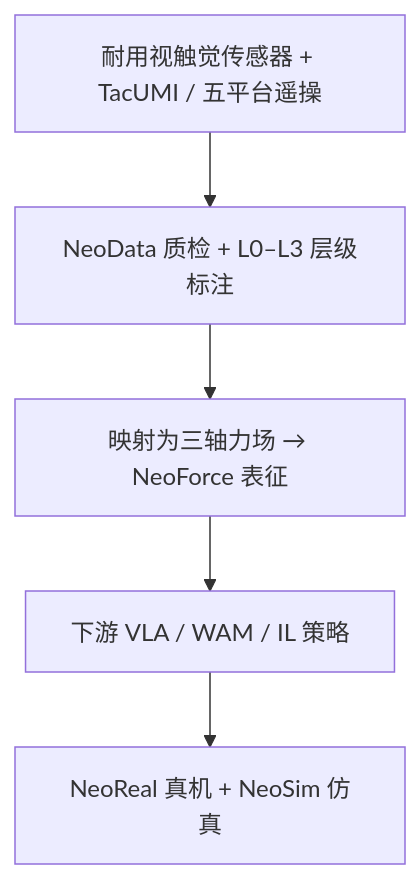
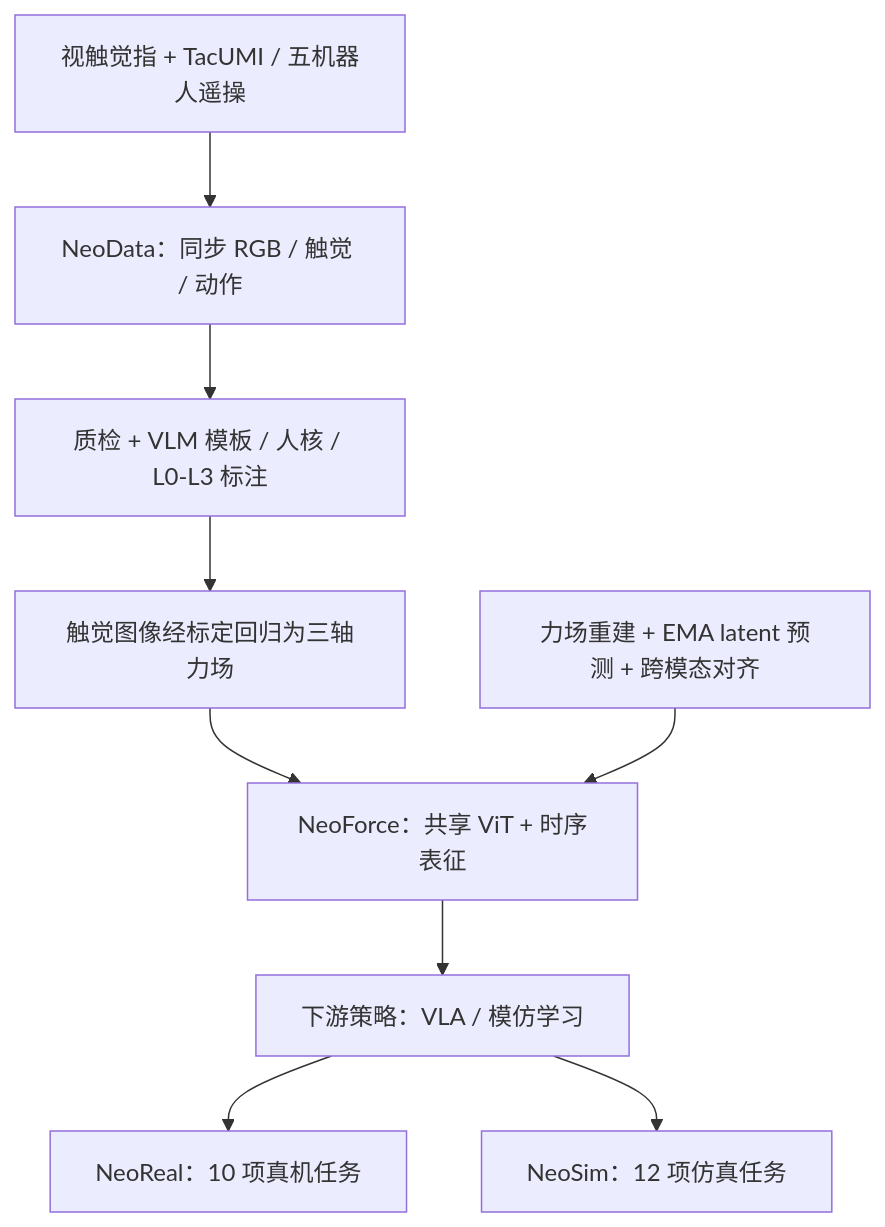
One commit to ImChong/Robotics_Notebooks changed the first of 2 diagrams in wiki/entities/paper-n0-foundation.md. Above: the diagram before and after it, drawn with Mermaid. The commit also changed other lines of this file, not shown here.

Commit message:
[2026-11-19] ingest | wiki/entities/paper-n0-foundation.md — 补全 arXiv v2 与 NeoForce 源码时序图

````diff
--- a/wiki/entities/paper-n0-foundation.md
+++ b/wiki/entities/paper-n0-foundation.md
@@ -60,9 +65,17 @@
 ```mermaid
 flowchart TB
-  HW[耐用视触觉传感器 + TacUMI / 五平台遥操]
-  ND[NeoData 质检 + L0–L3 层级标注]
-  NF[映射为三轴力场 → NeoForce 表征]
-  POL[下游 VLA / WAM / IL 策略]
-  EV[NeoReal 真机 + NeoSim 仿真]
-  HW --> ND --> NF --> POL --> EV
+  HW["视触觉指 + TacUMI / 五机器人遥操"]
+  ND["NeoData：同步 RGB / 触觉 / 动作"]
+  QA["质检 + VLM 模板 / 人核 / L0-L3 标注"]
+  FF["触觉图像经标定回归为三轴力场"]
+  NF["NeoForce：共享 ViT + 时序表征"]
+  LEARN["力场重建 + EMA latent 预测 + 跨模态对齐"]
+  POL["下游策略：VLA / 模仿学习"]
+  REAL["NeoReal：10 项真机任务"]
+  SIM["NeoSim：12 项仿真任务"]
+  HW --> ND --> QA --> FF --> NF
+  LEARN --> NF
+  NF --> POL
+  POL --> REAL
+  POL --> SIM
 ```
````
